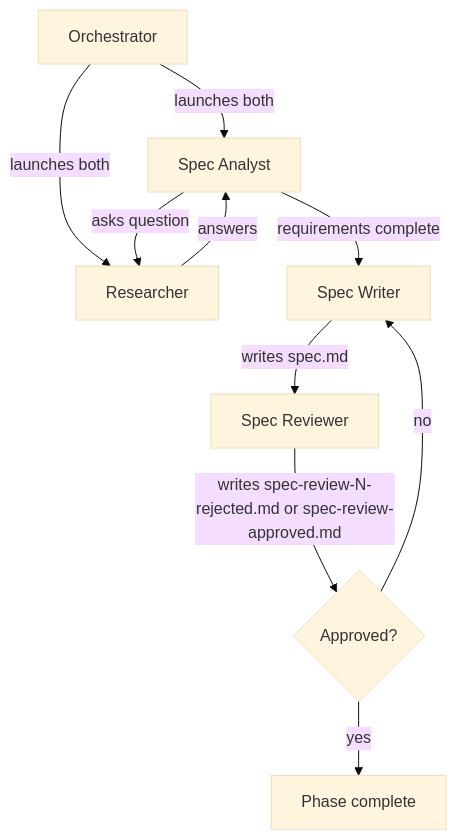
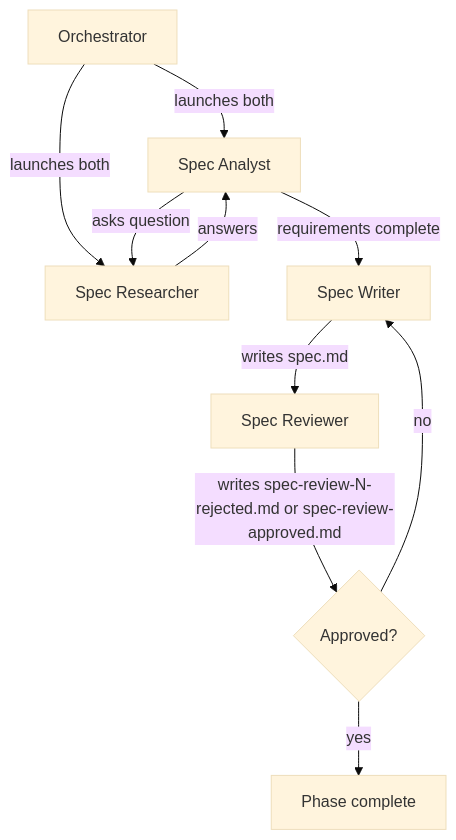
One commit to Automattic/radical-pipelines changed the diagram in .agents/skills/radical-pipelines/reference/autonomous-phases/1 - spec.md. Above: the diagram before and after it, drawn with Mermaid (base theme). The commit also changed other lines of this file and 19 other files, not shown here.

````diff
--- a/.agents/skills/radical-pipelines/reference/autonomous-phases/1 - spec.md
+++ b/.agents/skills/radical-pipelines/reference/autonomous-phases/1 - spec.md
@@ -38,12 +38,12 @@
 ```mermaid
 flowchart TD
     A[Orchestrator] -->|launches both| B[Spec Analyst]
-    A -->|launches both| C[Researcher]
+    A -->|launches both| C[Spec Researcher]
     B -->|asks question| C
     C -->|answers| B
     B -->|requirements complete| D[Spec Writer]
     D -->|writes spec.md| E[Spec Reviewer]
     E -->|writes spec-review-N-rejected.md or spec-review-approved.md| F{Approved?}
     F -->|no| D
     F -->|yes| G[Phase complete]
 ```
````
